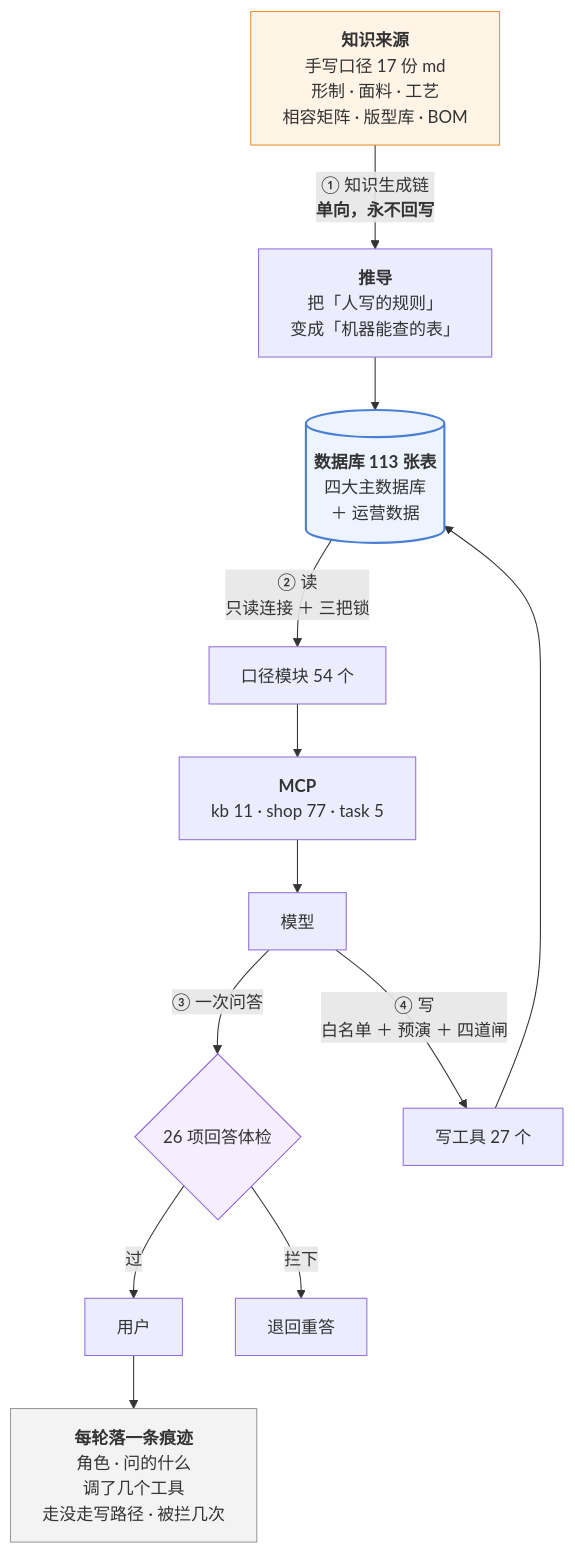
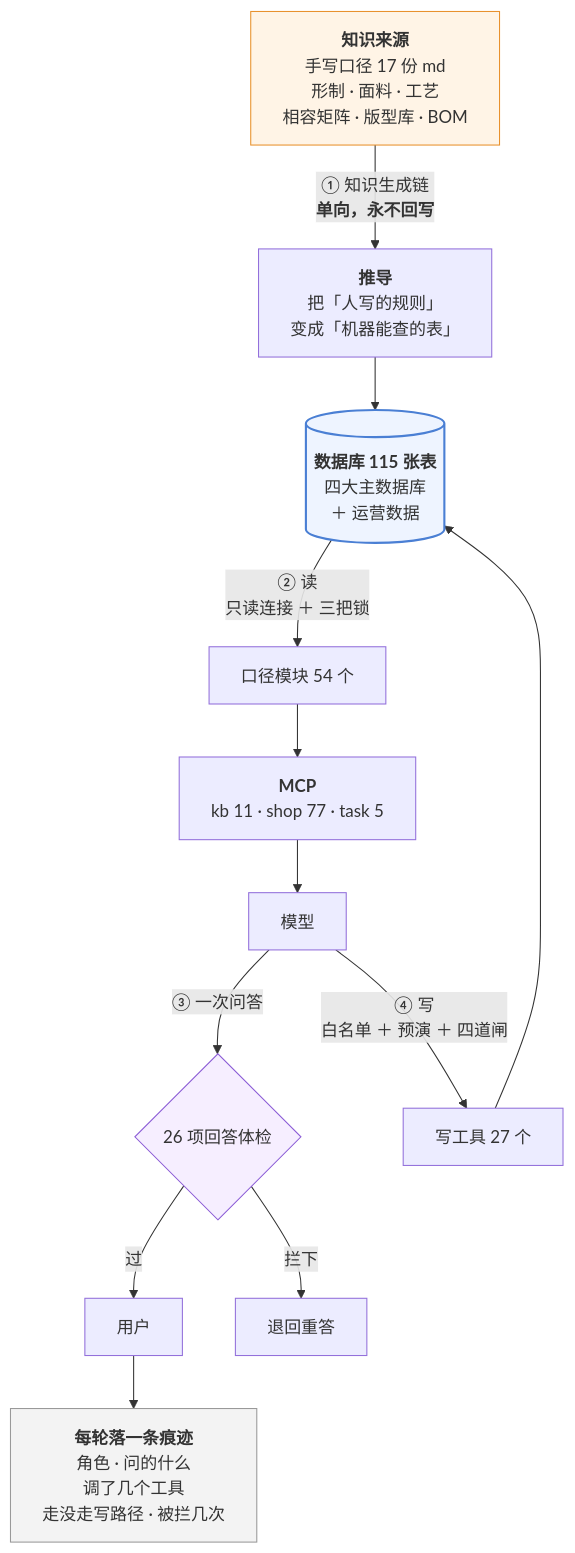
Before and after one commit to 843773296-rgb/lanxiu-yunshang-agent: the third of 3 diagrams in 澜绣云裳agent-产品说明.md, drawn with Mermaid. The commit also changed other lines of this file and 20 other files, not shown here.

````diff
--- a/澜绣云裳agent-产品说明.md
+++ b/澜绣云裳agent-产品说明.md
@@ -969,24 +969,24 @@
 ```mermaid
 flowchart TD
     MD["<b>知识来源</b><br/>手写口径 17 份 md<br/>形制 · 面料 · 工艺<br/>相容矩阵 · 版型库 · BOM"]
     MD -->|"① 知识生成链<br/><b>单向，永不回写</b>"| DV["<b>推导</b><br/>把「人写的规则」<br/>变成「机器能查的表」"]
-    DV --> DB[("<b>数据库 113 张表</b><br/>四大主数据库<br/>＋ 运营数据")]
+    DV --> DB[("<b>数据库 115 张表</b><br/>四大主数据库<br/>＋ 运营数据")]
 
     DB -->|"② 读<br/>只读连接 ＋ 三把锁"| KJ["口径模块 54 个"]
     KJ --> MCP["<b>MCP</b><br/>kb 11 · shop 77 · task 5"]
     MCP --> LLM["模型"]
 
     LLM -->|"③ 一次问答"| GD{"26 项回答体检"}
     GD -- 过 --> U["用户"]
     GD -- 拦下 --> RE["退回重答"]
 
     LLM -->|"④ 写<br/>白名单 ＋ 预演 ＋ 四道闸"| W["写工具 27 个"]
     W --> DB
 
     U --> TR["<b>每轮落一条痕迹</b><br/>角色 · 问的什么<br/>调了几个工具<br/>走没走写路径 · 被拦几次"]
 
     style MD fill:#fff4e6,stroke:#e8912d
     style DB fill:#eef4ff,stroke:#4a7fd4,stroke-width:2px
     style GD fill:#f6eeff,stroke:#8b5cd6
     style TR fill:#f3f3f3,stroke:#999
 ```
````
